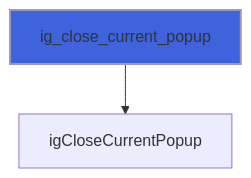
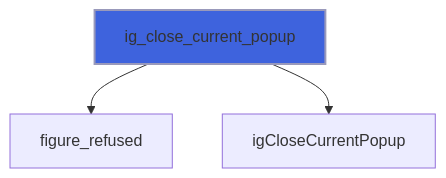
The seventh of 14 diagrams in docs/api/src/lib/figure_menu.md (szaghi/figure), drawn with Mermaid before and after one commit. The commit also changed other lines of this file and 10 other files, not shown here.

````diff
--- a/docs/api/src/lib/figure_menu.md
+++ b/docs/api/src/lib/figure_menu.md
@@ -147,5 +166,6 @@
 ```mermaid
 flowchart TD
+  ig_close_current_popup["ig_close_current_popup"] --> figure_refused["figure_refused"]
   ig_close_current_popup["ig_close_current_popup"] --> igCloseCurrentPopup["igCloseCurrentPopup"]
   style ig_close_current_popup fill:#3e63dd,stroke:#99b,stroke-width:2px
 ```
````
